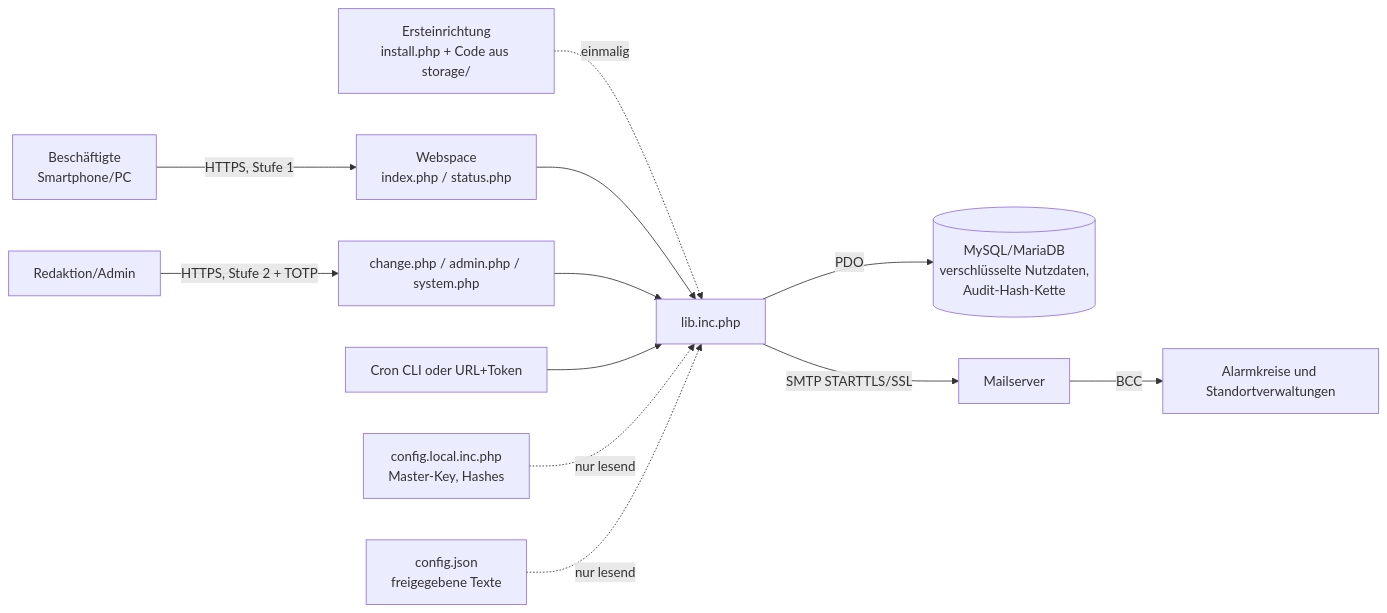
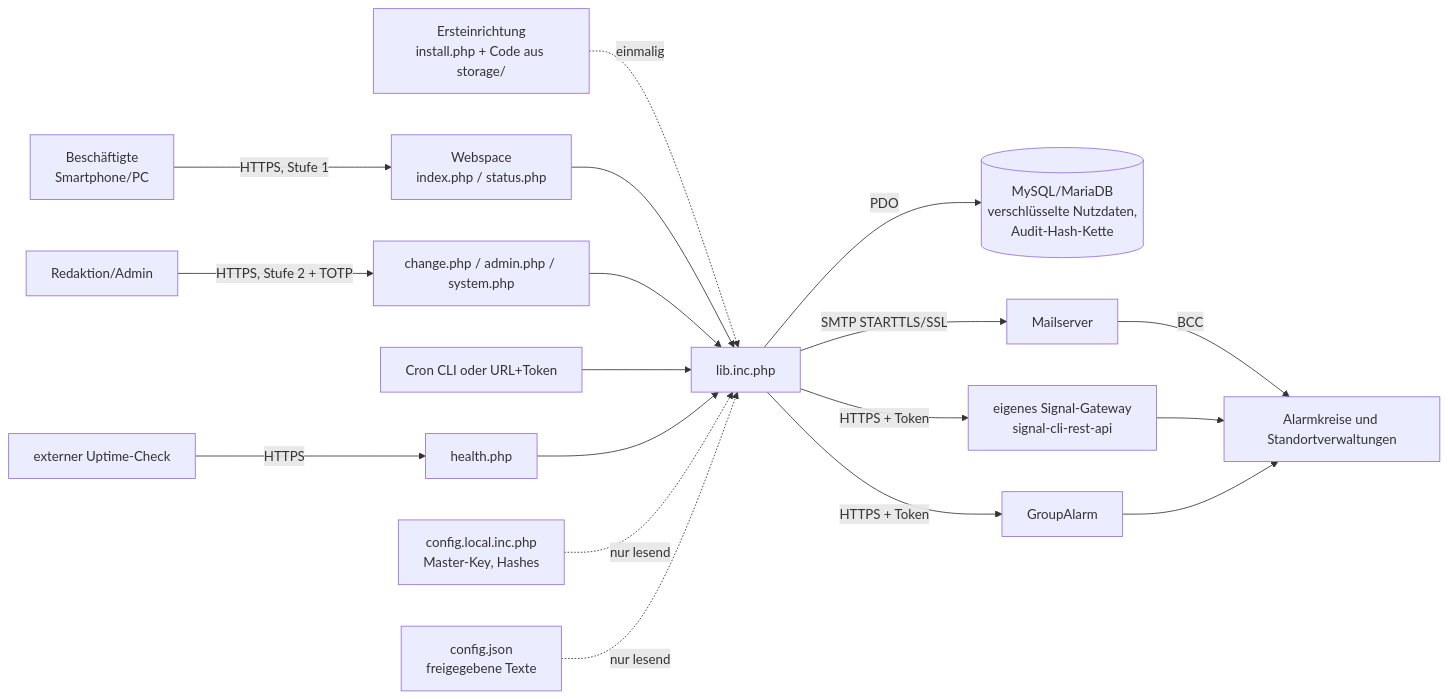
Before and after one commit to yannickid/Status-BCM: the diagram in docs/05-sicherheit-und-audit.md, drawn with Mermaid. The commit also changed other lines of this file and 21 other files, not shown here.

First line of the commit message:
TOTP beim Login, Signal und GroupAlarm, Selbstüberwachung, Aushang, Protokoll-Export, Governance (1.4.0)

````diff
--- a/docs/05-sicherheit-und-audit.md
+++ b/docs/05-sicherheit-und-audit.md
@@ -46,13 +49,16 @@
 ```mermaid
 flowchart LR
   B[Beschäftigte<br>Smartphone/PC] -- HTTPS, Stufe 1 --> W[Webspace<br>index.php / status.php]
   R[Redaktion/Admin] -- HTTPS, Stufe 2 + TOTP --> C[change.php / admin.php / system.php]
   I[Ersteinrichtung<br>install.php + Code aus storage/] -. einmalig .-> L
   W --> L[lib.inc.php]
   C --> L
   L -- PDO --> D[(MySQL/MariaDB<br>verschlüsselte Nutzdaten,<br>Audit-Hash-Kette)]
   L -- SMTP STARTTLS/SSL --> M[Mailserver] -- BCC --> E[Alarmkreise und Standortverwaltungen]
+  L -- HTTPS + Token --> S[eigenes Signal-Gateway<br>signal-cli-rest-api] --> E
+  L -- HTTPS + Token --> G[GroupAlarm] --> E
   K[Cron CLI oder URL+Token] --> L
+  U[externer Uptime-Check] -- HTTPS --> H[health.php] --> L
   F[config.local.inc.php<br>Master-Key, Hashes] -. nur lesend .-> L
   J[config.json<br>freigegebene Texte] -. nur lesend .-> L
 ```
````
